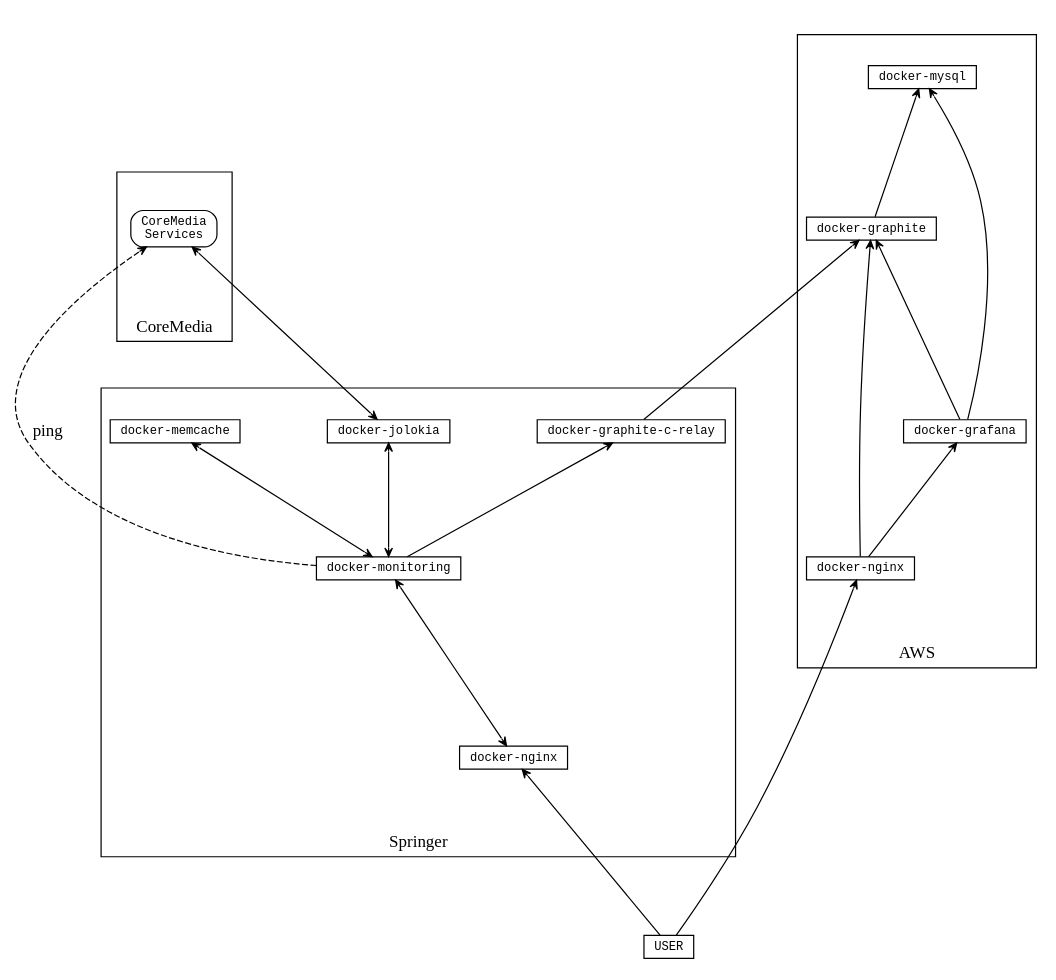
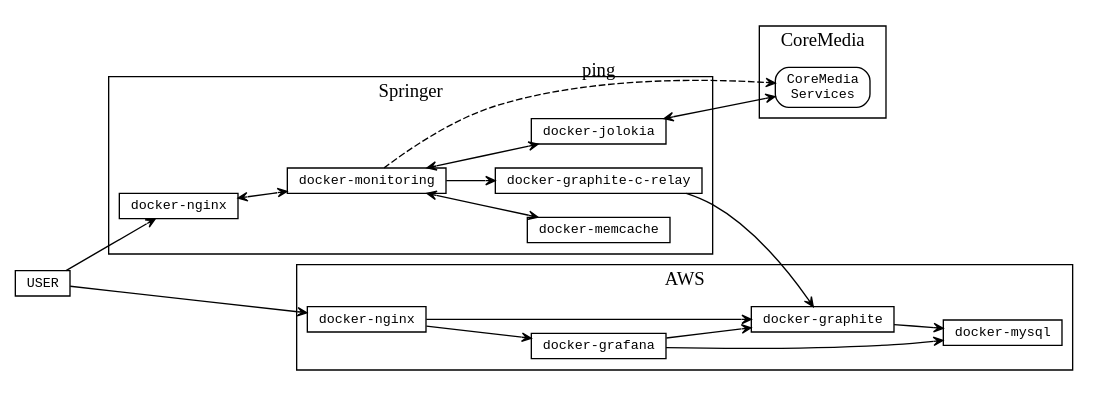
Before and after one commit to mfaust/monitoring: the diagram in documentation/springer.dot, drawn with Graphviz. The commit also changed 3 other files, not shown here.

```diff
--- a/documentation/springer.dot
+++ b/documentation/springer.dot
@@ -1,101 +1,102 @@
 // create: dot overview.dot  -Tpng -o assets/overview.png
 
 digraph G {
 
-  nodesep=1.0 // increases the separation between nodes
-  ratio=1
-  overlap=false
-  start=1
-  concentrate=false
-  size="15,10";
-//  rankdir="LR";
+//   nodesep=1.0 // increases the separation between nodes
+//   ratio=1
+//   overlap=false
+//   start=1
+//   concentrate=false
+//   size="15,10";
+  rankdir="LR";
 
-  rankdir="BT";
 
   node [
     fontname="Courier New",
     fontsize=10,
     height=0.2,
     width=0.2,
     shape=box
   ]
   edge [
     style=solid,
     arrowhead="vee",
     arrowtail="vee",
     arrowsize="0.7",
   ]
 
+//   1->2->3->4[arrowhead=none]
+
   subgraph level0{
 
     user                [label="USER",shape=box]
-
 //     { rank=same; user, coremedia }
   }
 
   subgraph cluster_aws{
     label = "AWS";
     nginx               [label="docker-nginx"];
     database            [label="docker-mysql"];
 //     icinga2core         [label="docker-icinga2"];
 //     icingaweb2          [label="docker-icingaweb2"];
     graphite            [label="docker-graphite"];
     grafana             [label="docker-grafana"];
 //     { rank=same; icingaweb2 grafana }
 //     { rank=same; database graphite }
   }
 
   subgraph cluster_springer{
     label = "Springer";
     nginx2              [label="docker-nginx"];
     memcache            [label="docker-memcache"];
     jolokia             [label="docker-jolokia"];
     graphiteRelay       [label="docker-graphite-c-relay"];
     cmMonitoring        [label="docker-monitoring"];
 //     icinga2satelite    [label="docker-icinga2satelite"];
 
     { rank=same; memcache, jolokia, graphiteRelay }
   }
 
   subgraph cluster_cm{
     label = "CoreMedia";
     coremedia           [label="CoreMedia\nServices",shape=box,style=rounded];
   }
+
 
   user -> nginx
   user -> nginx2
 
 
 //   { rank=same; icingaweb2 grafana cmMonitoring }
 //   { rank=same; icinga2core jolokia }
 //   { rank=same; graphite database memcache jolokia }
 
   nginx2 -> cmMonitoring [dir=both]
   nginx -> grafana
   nginx -> graphite
 //   nginx -> icinga2core
 //   nginx -> icingaweb2
 
 //   icinga2satelite -> icinga2core
 //   icinga2satelite  -> coremedia
 
   cmMonitoring -> coremedia [style=dashed,label="ping"]
   cmMonitoring -> jolokia  [dir=both]
   cmMonitoring -> memcache [dir=both]
   cmMonitoring -> graphiteRelay
 
   graphiteRelay -> graphite
 
 //   icinga2core  -> database
 //   icinga2core  -> memcache
 //   icingaweb2   -> database
 
   grafana      -> database
   grafana      -> graphite
 //   grafana      -> memcache
 
   graphite     -> database
 
   jolokia      -> coremedia [dir=both]
 
 }
```
